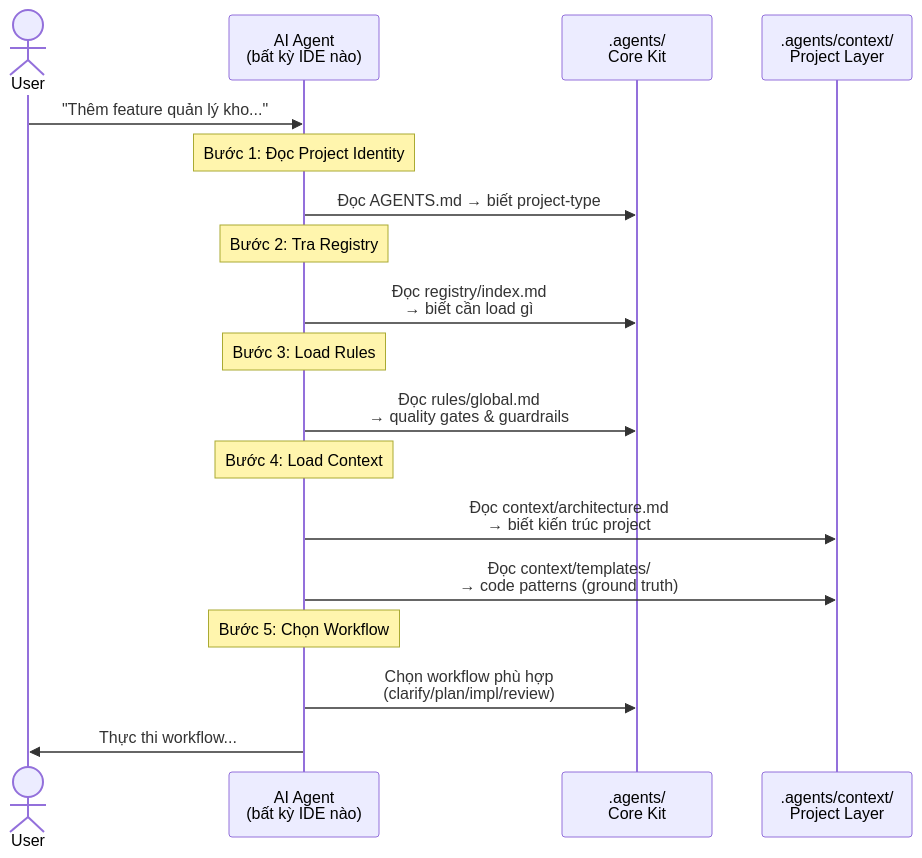
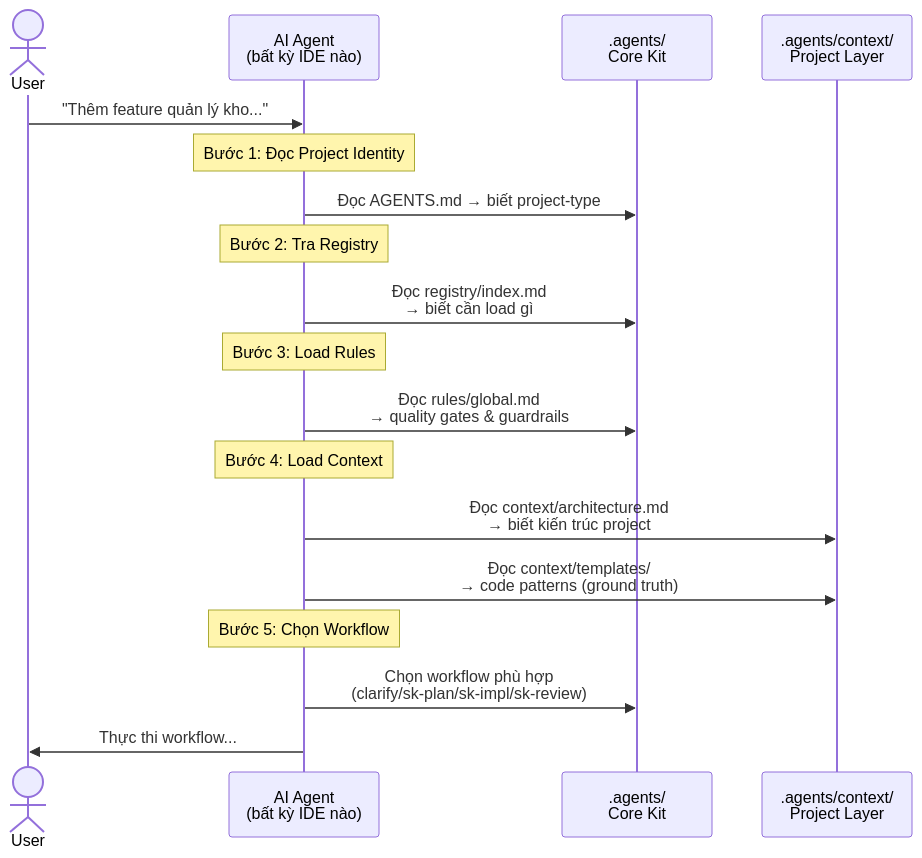
The second of 6 diagrams in HowItWorks.md (Sonleeee/Agent-Dev-Kit), drawn with Mermaid before and after one commit. The commit also changed other lines of this file and 45 other files, not shown here.

````diff
--- a/HowItWorks.md
+++ b/HowItWorks.md
@@ -42,27 +42,27 @@
 ```mermaid
 sequenceDiagram
     actor User
     participant Agent as AI Agent<br/>(bất kỳ IDE nào)
     participant Kit as .agents/<br/>Core Kit
     participant Ctx as .agents/context/<br/>Project Layer
 
     User->>Agent: "Thêm feature quản lý kho..."
   
     Note over Agent: Bước 1: Đọc Project Identity
     Agent->>Kit: Đọc AGENTS.md → biết project-type
   
     Note over Agent: Bước 2: Tra Registry
     Agent->>Kit: Đọc registry/index.md<br/>→ biết cần load gì
   
     Note over Agent: Bước 3: Load Rules
     Agent->>Kit: Đọc rules/global.md<br/>→ quality gates & guardrails
   
     Note over Agent: Bước 4: Load Context
     Agent->>Ctx: Đọc context/architecture.md<br/>→ biết kiến trúc project
     Agent->>Ctx: Đọc context/templates/<br/>→ code patterns (ground truth)
   
     Note over Agent: Bước 5: Chọn Workflow
-    Agent->>Kit: Chọn workflow phù hợp<br/>(clarify/plan/impl/review)
+    Agent->>Kit: Chọn workflow phù hợp<br/>(clarify/sk-plan/sk-impl/sk-review)
   
     Agent->>User: Thực thi workflow...
 ```
````
